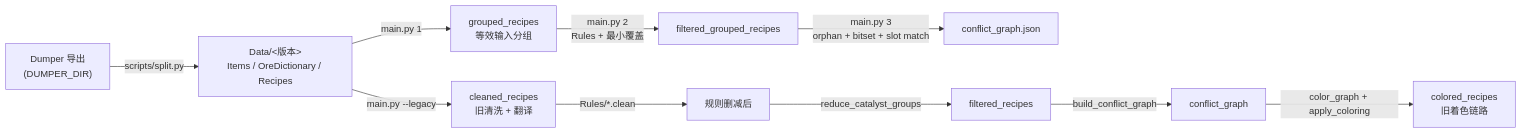
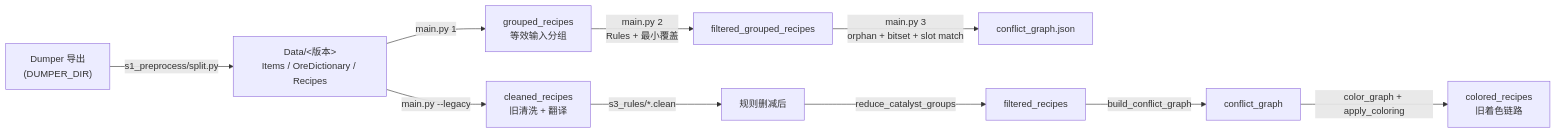
Before and after one commit to GTNH-Huijiwiki/GTNH-Recipe-Check: the diagram in README.md, drawn with Mermaid. The commit also changed other lines of this file and 43 other files, not shown here.

````diff
--- a/README.md
+++ b/README.md
@@ -238,12 +232,12 @@
 ```mermaid
 flowchart LR
-    A["Dumper 导出<br/>(DUMPER_DIR)"] -->|scripts/split.py| B["Data/&lt;版本&gt;<br/>Items / OreDictionary / Recipes"]
+    A["Dumper 导出<br/>(DUMPER_DIR)"] -->|s1_preprocess/split.py| B["Data/&lt;版本&gt;<br/>Items / OreDictionary / Recipes"]
     B -->|main.py 1| H["grouped_recipes<br/>等效输入分组"]
     H -->|main.py 2<br/>Rules + 最小覆盖| I["filtered_grouped_recipes"]
     I -->|main.py 3<br/>orphan + bitset + slot match| J["conflict_graph.json"]
     B -->|main.py --legacy| C["cleaned_recipes<br/>旧清洗 + 翻译"]
-    C -->|Rules/*.clean| D["规则删减后"]
+    C -->|s3_rules/*.clean| D["规则删减后"]
     D -->|reduce_catalyst_groups| E["filtered_recipes"]
     E -->|build_conflict_graph| F["conflict_graph"]
     F -->|color_graph + apply_coloring| G["colored_recipes<br/>旧着色链路"]
 ```
````
